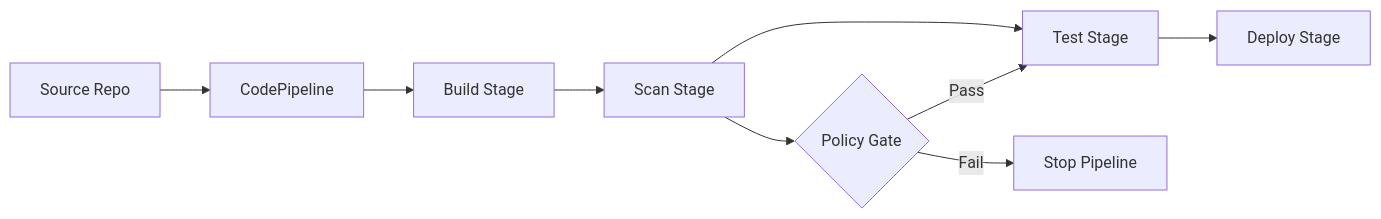
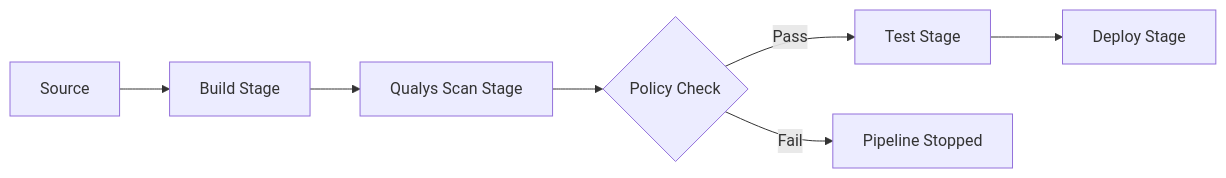
Diagram 15 of 16 in docs/technical-architecture.md (nelssec/qualys-codebuild), drawn with Mermaid before and after one commit. The commit also changed other lines of this file and 5 other files, not shown here.

First line of the commit message:
Qualys QScanner for AWS CodeBuild

````diff
--- a/docs/technical-architecture.md
+++ b/docs/technical-architecture.md
@@ -512,11 +437,9 @@
 ```mermaid
 flowchart LR
-    REPO[Source Repo] --> PIPE[CodePipeline]
-    PIPE --> BUILD[Build Stage]
-    BUILD --> SCAN[Scan Stage]
-    SCAN --> TEST[Test Stage]
+    REPO[Source] --> BUILD[Build Stage]
+    BUILD --> SCAN[Qualys Scan Stage]
+    SCAN --> GATE{Policy Check}
+    GATE -->|Pass| TEST[Test Stage]
+    GATE -->|Fail| STOP[Pipeline Stopped]
     TEST --> DEPLOY[Deploy Stage]
-    SCAN --> GATE{Policy Gate}
-    GATE -->|Pass| TEST
-    GATE -->|Fail| STOP[Stop Pipeline]
 ```
````
